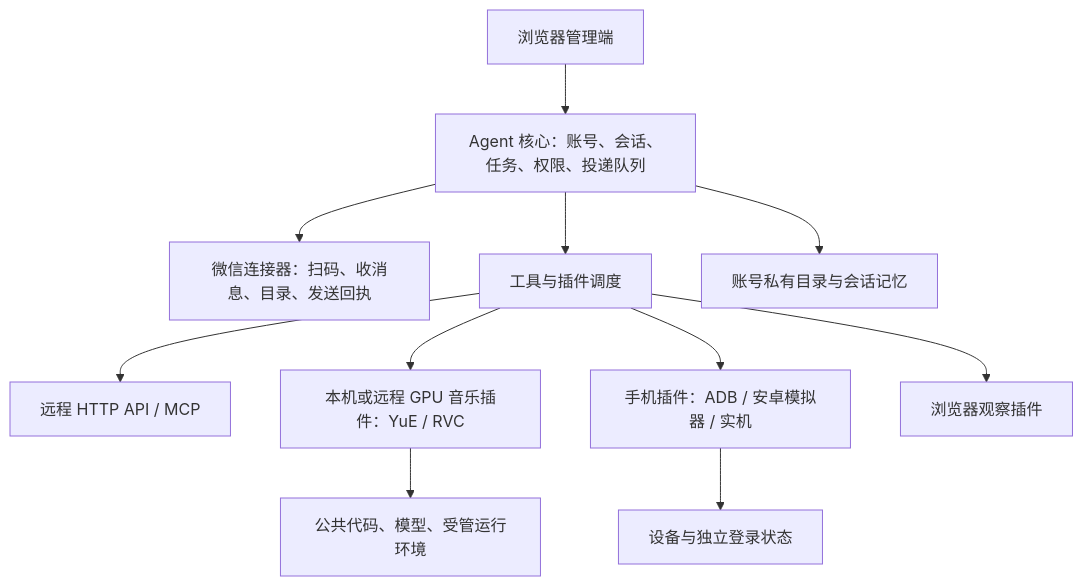
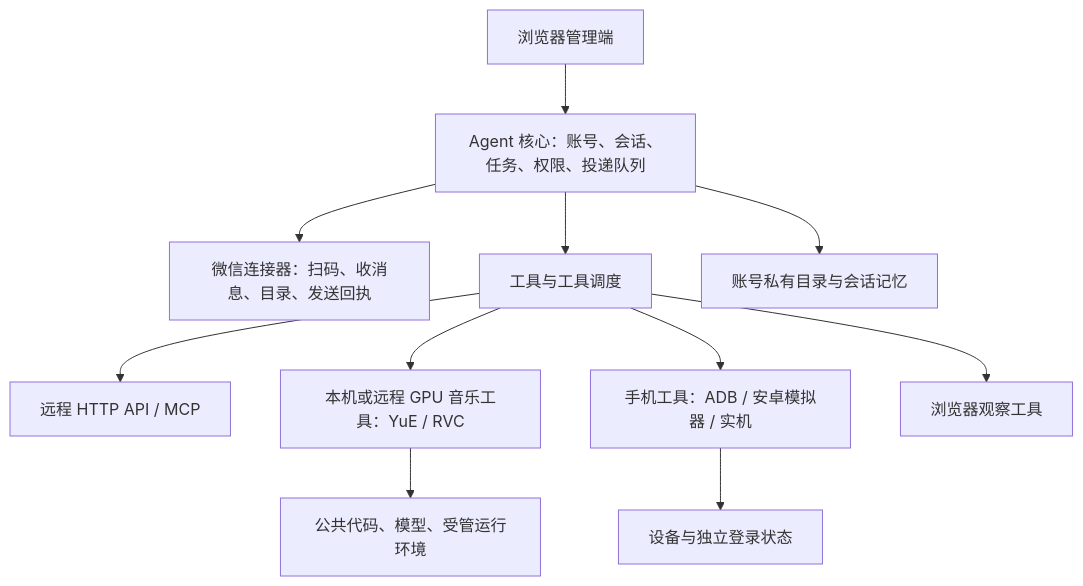
Before and after one commit to RoamerFly/Agent-home-station: the diagram in 镜像构建方案.md, drawn with Mermaid. The commit also changed other lines of this file and 147 other files, not shown here.

````diff
--- a/镜像构建方案.md
+++ b/镜像构建方案.md
@@ -15,13 +15,13 @@
 ```mermaid
 flowchart TD
   WEB[浏览器管理端] --> CORE[Agent 核心：账号、会话、任务、权限、投递队列]
   CORE --> WX[微信连接器：扫码、收消息、目录、发送回执]
-  CORE --> TOOLS[工具与插件调度]
+  CORE --> TOOLS[工具与工具调度]
   TOOLS --> HTTP[远程 HTTP API / MCP]
-  TOOLS --> MUSIC[本机或远程 GPU 音乐插件：YuE / RVC]
-  TOOLS --> PHONE[手机插件：ADB / 安卓模拟器 / 实机]
-  TOOLS --> BROWSER[浏览器观察插件]
+  TOOLS --> MUSIC[本机或远程 GPU 音乐工具：YuE / RVC]
+  TOOLS --> PHONE[手机工具：ADB / 安卓模拟器 / 实机]
+  TOOLS --> BROWSER[浏览器观察工具]
   CORE --> PRIVATE[账号私有目录与会话记忆]
   MUSIC --> PUBLIC[公共代码、模型、受管运行环境]
   PHONE --> DEVICE[设备与独立登录状态]
 ```
````
